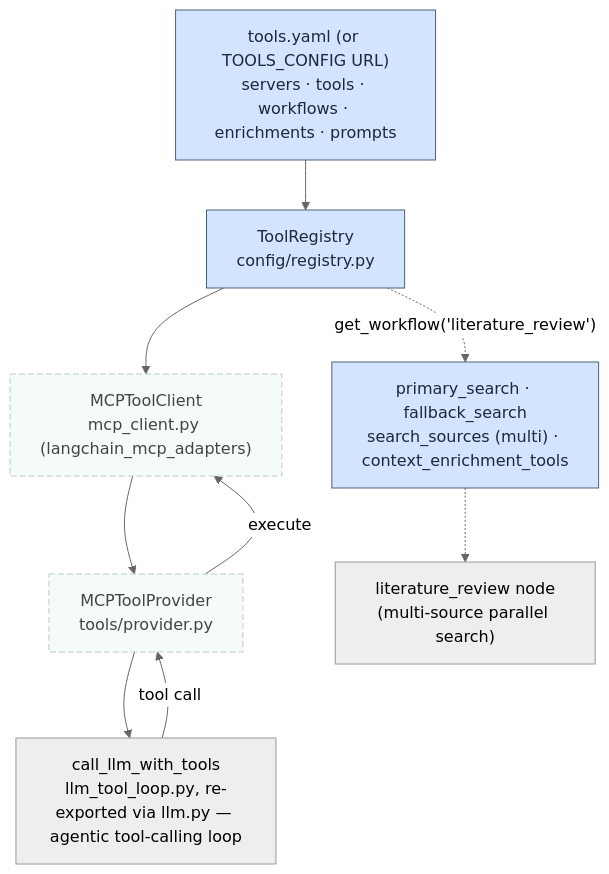
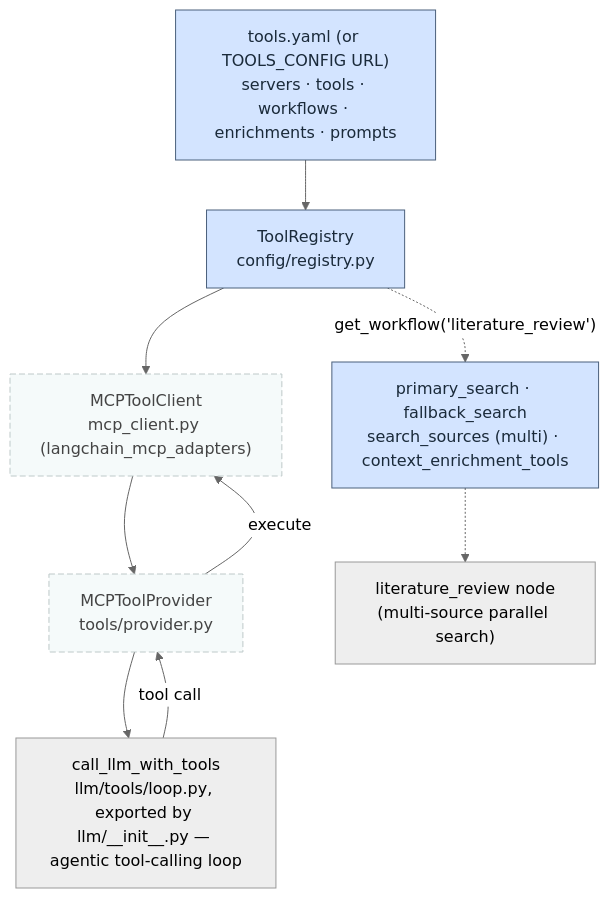
Before and after one commit to guy915/Co-Scientist: the third of 4 diagrams in docs/EXPLAINER.md, drawn with Mermaid (neutral theme). The commit also changed other lines of this file and 9 other files, not shown here.

````diff
--- a/docs/EXPLAINER.md
+++ b/docs/EXPLAINER.md
@@ -206,18 +206,18 @@
 ```mermaid
 flowchart TD
   YAML["tools.yaml (or TOOLS_CONFIG URL)<br/>servers · tools · workflows · enrichments · prompts"]
   YAML --> TR["ToolRegistry<br/>config/registry.py"]
   TR --> MTC["MCPToolClient<br/>mcp_client.py (langchain_mcp_adapters)"]
   MTC --> MTP["MCPToolProvider<br/>tools/provider.py"]
-  MTP --> CLT["call_llm_with_tools<br/>llm_tool_loop.py, re-exported via llm.py — agentic tool-calling loop"]
+  MTP --> CLT["call_llm_with_tools<br/>llm/tools/loop.py, exported by llm/__init__.py — agentic tool-calling loop"]
   CLT -->|tool call| MTP
   MTP -->|execute| MTC
 
   TR -.->|"get_workflow('literature_review')"| LRW["primary_search · fallback_search<br/>search_sources (multi) · context_enrichment_tools"]
   LRW -.-> LIT["literature_review node<br/>(multi-source parallel search)"]
 
   classDef cfg fill:#D3E4FF,stroke:#4B607C,color:#1a2a3a;
   classDef mcp fill:#F5FAFA,stroke:#BEC9C9,stroke-dasharray: 6 3,color:#444;
   class YAML,TR,LRW cfg;
   class MTC,MTP mcp;
 ```
````
